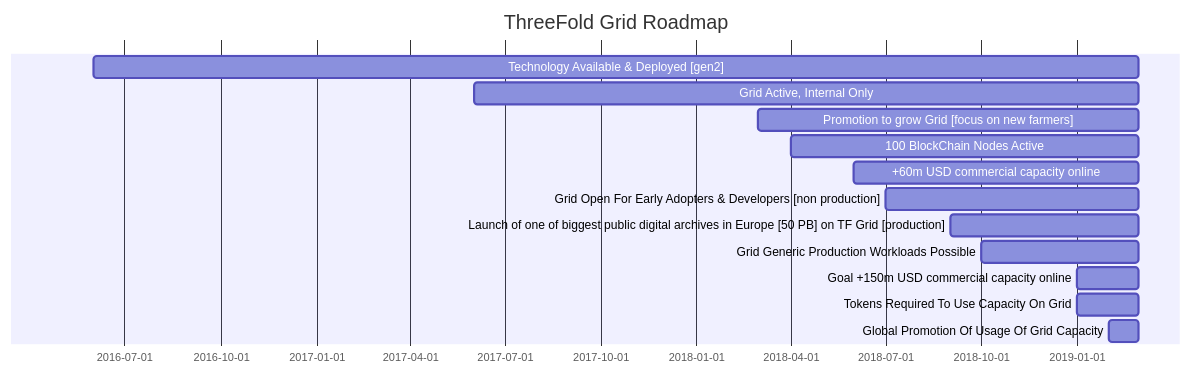
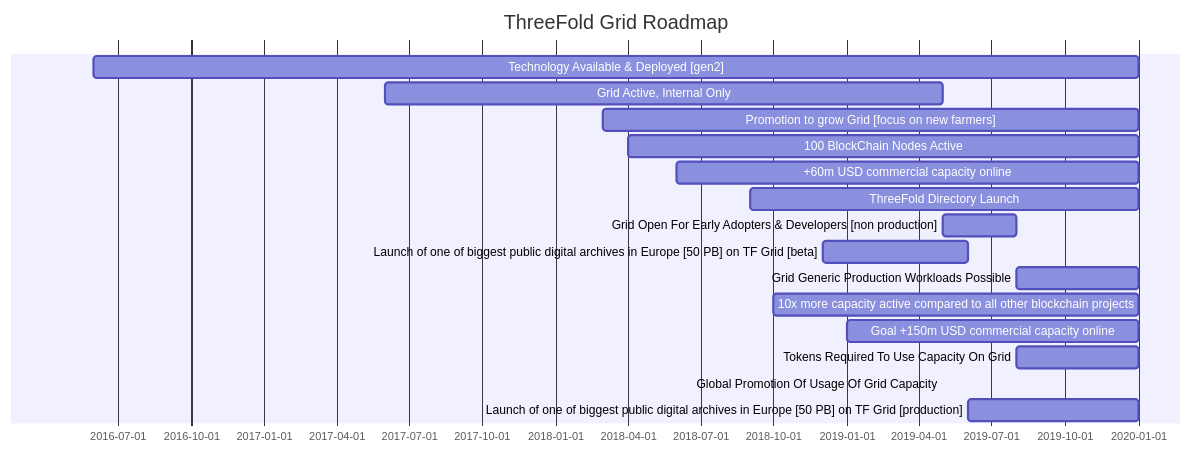
One commit to xmonader/info_foundation changed the fourth of 4 diagrams in docs/strategy/roadmap.md. Above: the diagram before and after it, drawn with Mermaid. The commit also changed other lines of this file and 1 other file, not shown here.

Commit message:
added exchange to archive and updated roadmap

````diff
--- a/docs/strategy/roadmap.md
+++ b/docs/strategy/roadmap.md
@@ -75,16 +78,19 @@
 ```mermaid
 gantt
     title ThreeFold Grid Roadmap
     dateFormat  YY-MM
-    Technology Available & Deployed [gen2]  :16-06, 19-03
-    Grid Active, Internal Only              :17-06, 19-03
-    Promotion to grow Grid [focus on new farmers]       :18-03, 19-03
-    100 BlockChain Nodes Active          :18-04, 19-03
-    +60m USD commercial capacity online      :18-06, 19-03   
-    Grid Open For Early Adopters & Developers [non production]      :18-07, 19-03
-    Launch of one of biggest public digital archives in Europe [50 PB] on TF Grid [production]         :18-09, 19-03
-    Grid Generic Production Workloads Possible      :18-10, 19-03
-    Goal +150m USD commercial capacity online      :19-01, 19-03        
-    Tokens Required To Use Capacity On Grid       :19-01, 19-03
-    Global Promotion Of Usage Of Grid Capacity  :19-02, 19-03
+    Technology Available & Deployed [gen2]  :16-06, 20-01
+    Grid Active, Internal Only              :17-06, 19-05
+    Promotion to grow Grid [focus on new farmers]       :18-03, 20-01
+    100 BlockChain Nodes Active          :18-04, 20-01
+    +60m USD commercial capacity online      :18-06, 20-01  
+    ThreeFold Directory Launch   :18-09, 20-01   
+    Grid Open For Early Adopters & Developers [non production]      :19-05, 19-08
+    Launch of one of biggest public digital archives in Europe [50 PB] on TF Grid [beta]         :18-12, 19-06
+    Grid Generic Production Workloads Possible      :19-08, 20-01
+    10x more capacity active compared to all other blockchain projects      :18-10, 20-01
+    Goal +150m USD commercial capacity online      :19-01, 20-01        
+    Tokens Required To Use Capacity On Grid       :19-08, 20-01
+    Global Promotion Of Usage Of Grid Capacity  :19-05, 20-1
+    Launch of one of biggest public digital archives in Europe [50 PB] on TF Grid [production]         :19-06, 20-01
 ```
````
